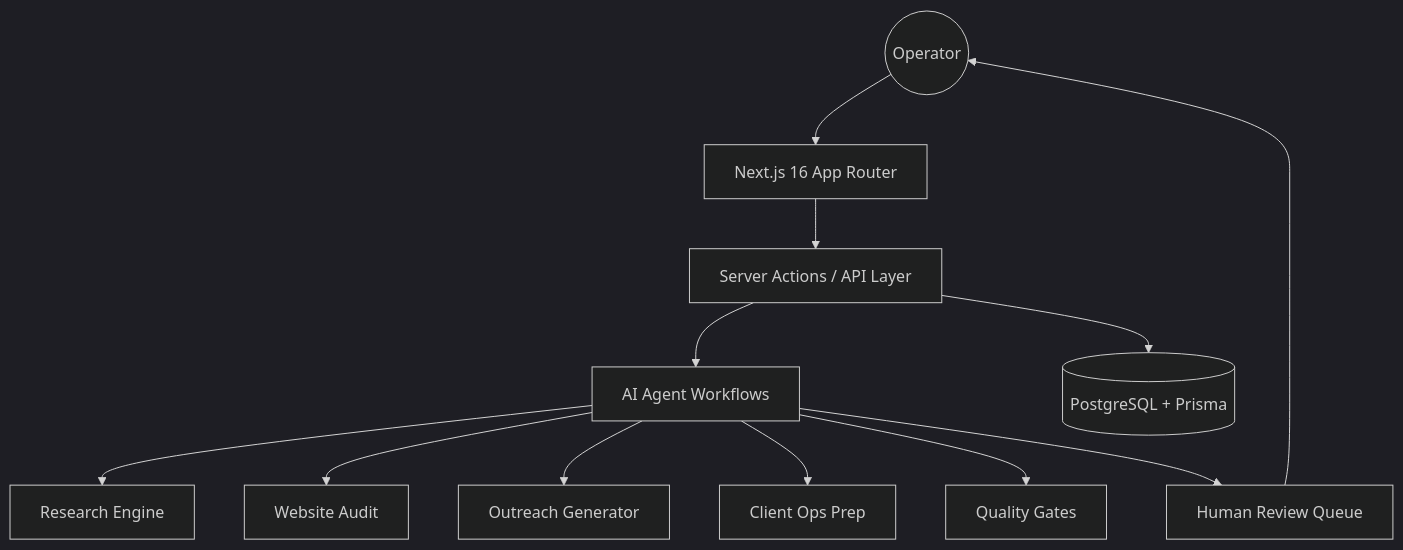
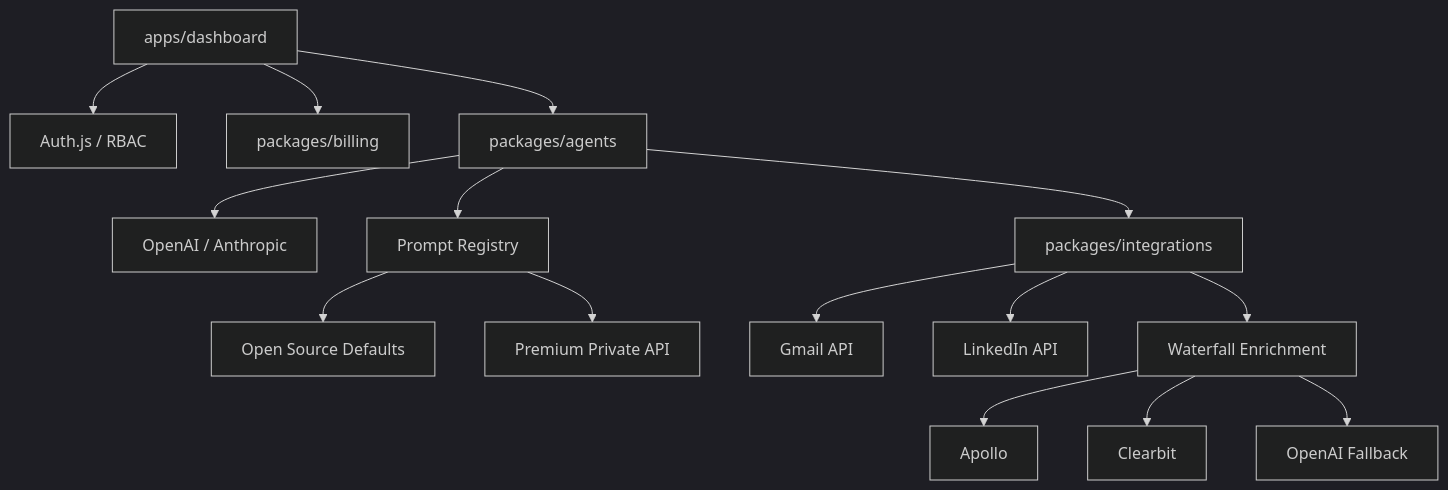
Before and after one commit to karandangi123/leadforge-ai: the first of 2 diagrams in README.md, drawn with Mermaid (dark theme). The commit also changed other lines of this file and 202 other files, not shown here.

````diff
--- a/README.md
+++ b/README.md
@@ -101,14 +11,22 @@
 ```mermaid
 graph TD
-    User((Operator)) --> UI[Next.js 16 App Router]
-    UI --> Actions[Server Actions / API Layer]
-    Actions --> Agents[AI Agent Workflows]
-    Actions --> DB[(PostgreSQL + Prisma)]
-    Agents --> Research[Research Engine]
-    Agents --> Audit[Website Audit]
-    Agents --> Drafts[Outreach Generator]
-    Agents --> Ops[Client Ops Prep]
-    Agents --> Evals[Quality Gates]
-    Agents --> Approvals[Human Review Queue]
-    Approvals --> User
+    UI[apps/dashboard] --> Auth[Auth.js / RBAC]
+    UI --> Billing[packages/billing]
+    UI --> Agents[packages/agents]
+    
+    Agents --> LLM[OpenAI / Anthropic]
+    Agents --> Registry[Prompt Registry]
+    
+    Registry --> Public[Open Source Defaults]
+    Registry --> Private[Premium Private API]
+    
+    Agents --> Integrations[packages/integrations]
+    
+    Integrations --> Gmail[Gmail API]
+    Integrations --> LinkedIn[LinkedIn API]
+    Integrations --> Enrichment[Waterfall Enrichment]
+    
+    Enrichment --> Apollo[Apollo]
+    Enrichment --> Clearbit[Clearbit]
+    Enrichment --> AI[OpenAI Fallback]
 ```
````
